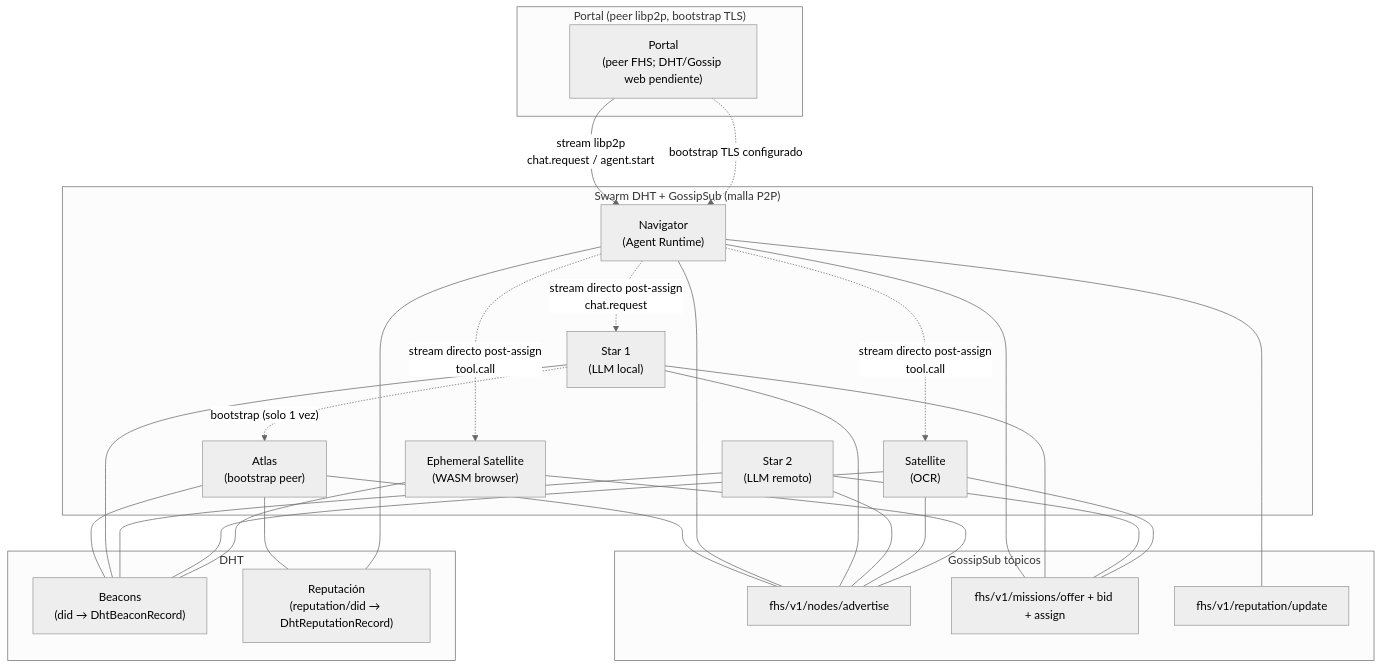
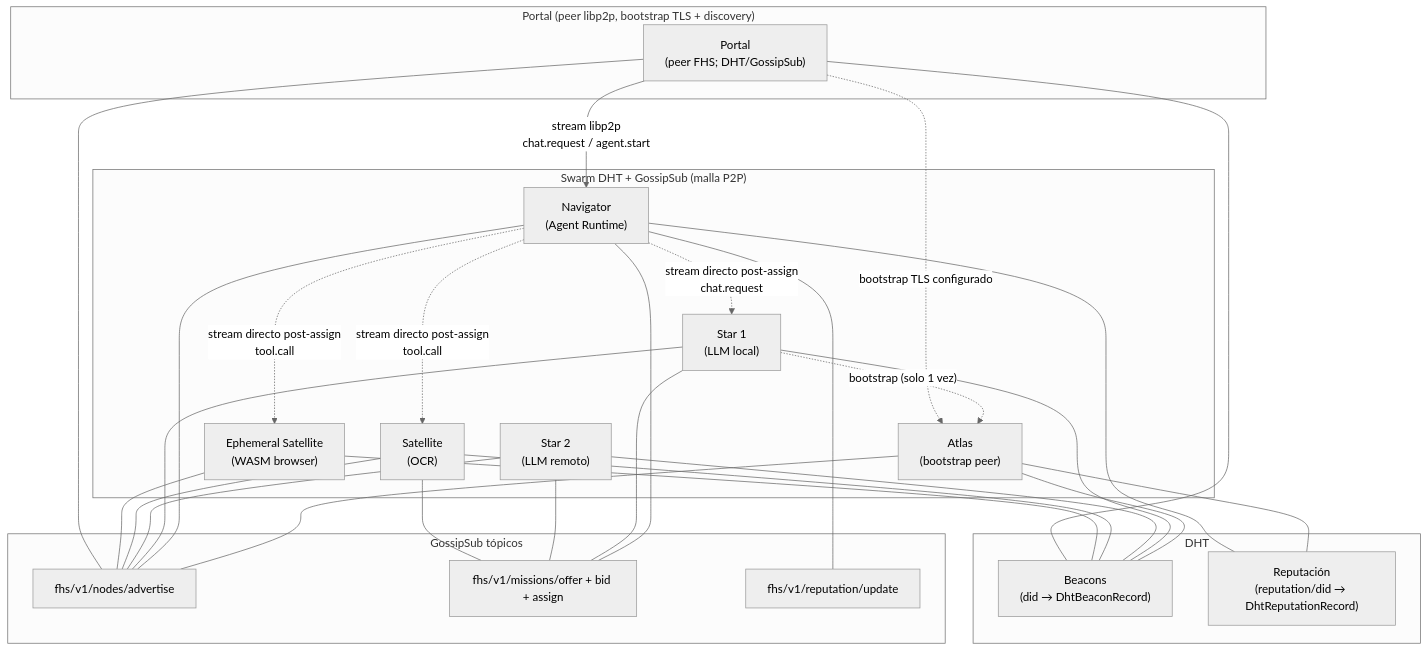
Before and after one commit to rafex/galaxIA: the first of 2 diagrams in docs/architecture.md, drawn with Mermaid (neutral theme). The commit also changed other lines of this file and 2 other files, not shown here.

Commit message:
docs: document dynamic portal discovery

````diff
--- a/docs/architecture.md
+++ b/docs/architecture.md
@@ -20,60 +20,62 @@
 ```mermaid
 graph TB
     subgraph "Swarm DHT + GossipSub (malla P2P)"
         AT["Atlas\n(bootstrap peer)"]
         NAV["Navigator\n(Agent Runtime)"]
         STAR1["Star 1\n(LLM local)"]
         STAR2["Star 2\n(LLM remoto)"]
         SAT["Satellite\n(OCR)"]
         EPH["Ephemeral Satellite\n(WASM browser)"]
     end
 
-    subgraph "Portal (peer libp2p, bootstrap TLS)"
-        PORT["Portal\n(peer FHS; DHT/Gossip web pendiente)"]
+    subgraph "Portal (peer libp2p, bootstrap TLS + discovery)"
+        PORT["Portal\n(peer FHS; DHT/GossipSub)"]
     end
 
     subgraph "GossipSub tópicos"
         G1["fhs/v1/nodes/advertise"]
         G2["fhs/v1/missions/offer + bid + assign"]
         G3["fhs/v1/reputation/update"]
     end
 
     subgraph "DHT"
         D1["Beacons\n(did → DhtBeaconRecord)"]
         D2["Reputación\n(reputation/did → DhtReputationRecord)"]
     end
 
     %% GossipSub broadcast
     AT --- G1
     NAV --- G1
     STAR1 --- G1
     STAR2 --- G1
     SAT --- G1
     EPH --- G1
 
     NAV --- G2
     STAR1 --- G2
     STAR2 --- G2
     SAT --- G2
 
     NAV --- G3
 
     %% DHT
     AT --- D1
     STAR1 --- D1
     STAR2 --- D1
     SAT --- D1
     EPH --- D1
     AT --- D2
     NAV --- D2
 
     %% Stream directo (solo durante misiones activas)
     PORT -->|"stream libp2p\nchat.request / agent.start"| NAV
     NAV -.->|"stream directo post-assign\nchat.request"| STAR1
     NAV -.->|"stream directo post-assign\ntool.call"| SAT
     NAV -.->|"stream directo post-assign\ntool.call"| EPH
 
     %% Bootstrap (solo al unirse)
     STAR1 -.->|"bootstrap (solo 1 vez)"| AT
-    PORT -.->|"bootstrap TLS configurado"| NAV
+    PORT -.->|"bootstrap TLS configurado"| AT
+    PORT --- G1
+    PORT --- D1
 ```
````
